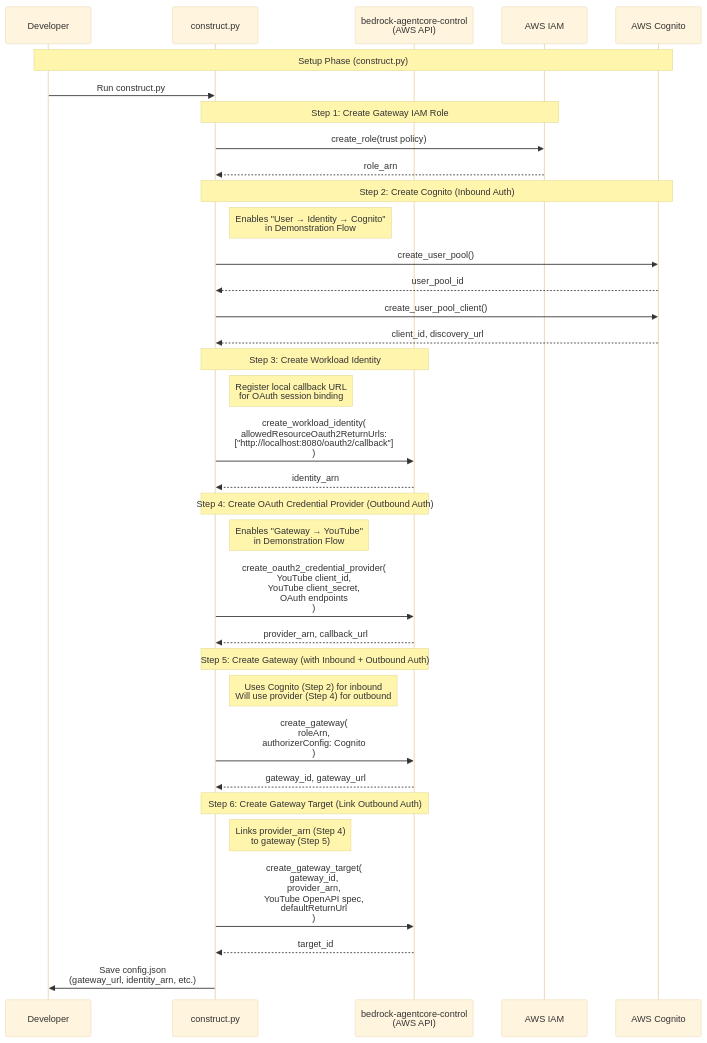
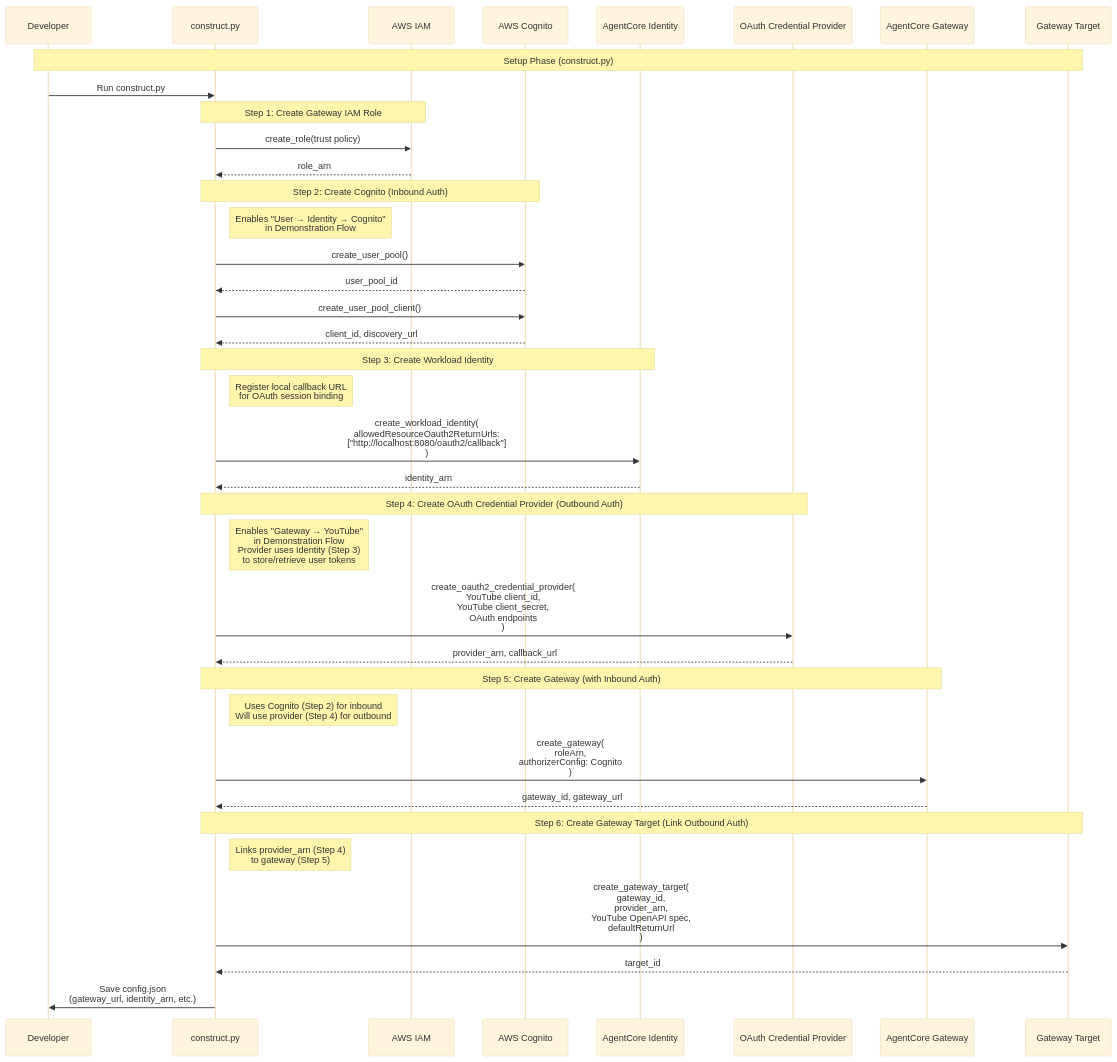
The second of 2 diagrams in say-hello-to-authorized-customer/README.md (icoxfog417/agentcore-in-action), drawn with Mermaid (base theme) before and after one commit. The commit also changed other lines of this file, not shown here.

````diff
--- a/say-hello-to-authorized-customer/README.md
+++ b/say-hello-to-authorized-customer/README.md
@@ -204,45 +151,48 @@
 ```mermaid
 sequenceDiagram
     participant Dev as Developer
     participant Construct as construct.py
-    participant ControlPlane as bedrock-agentcore-control<br/>(AWS API)
     participant IAM as AWS IAM
     participant Cognito as AWS Cognito
+    participant Identity as AgentCore Identity
+    participant Provider as OAuth Credential Provider
+    participant Gateway as AgentCore Gateway
+    participant Target as Gateway Target
 
-    Note over Dev,Cognito: Setup Phase (construct.py)
+    Note over Dev,Target: Setup Phase (construct.py)
     
     Dev->>Construct: Run construct.py
     
     Note over Construct,IAM: Step 1: Create Gateway IAM Role
     Construct->>IAM: create_role(trust policy)
     IAM-->>Construct: role_arn
     
     Note over Construct,Cognito: Step 2: Create Cognito (Inbound Auth)
     Note right of Construct: Enables "User → Identity → Cognito"<br/>in Demonstration Flow
     Construct->>Cognito: create_user_pool()
     Cognito-->>Construct: user_pool_id
     Construct->>Cognito: create_user_pool_client()
     Cognito-->>Construct: client_id, discovery_url
     
-    Note over Construct,ControlPlane: Step 3: Create Workload Identity
+    Note over Construct,Identity: Step 3: Create Workload Identity
     Note right of Construct: Register local callback URL<br/>for OAuth session binding
-    Construct->>ControlPlane: create_workload_identity(<br/>  allowedResourceOauth2ReturnUrls:<br/>    ["http://localhost:8080/oauth2/callback"]<br/>)
-    ControlPlane-->>Construct: identity_arn
+    Construct->>Identity: create_workload_identity(<br/>  allowedResourceOauth2ReturnUrls:<br/>    ["http://localhost:8080/oauth2/callback"]<br/>)
+    Identity-->>Construct: identity_arn
     
-    Note over Construct,ControlPlane: Step 4: Create OAuth Credential Provider (Outbound Auth)
-    Note right of Construct: Enables "Gateway → YouTube"<br/>in Demonstration Flow
-    Construct->>ControlPlane: create_oauth2_credential_provider(<br/>  YouTube client_id,<br/>  YouTube client_secret,<br/>  OAuth endpoints<br/>)
-    ControlPlane-->>Construct: provider_arn, callback_url
+    Note over Construct,Provider: Step 4: Create OAuth Credential Provider (Outbound Auth)
+    Note right of Construct: Enables "Gateway → YouTube"<br/>in Demonstration Flow<br/>Provider uses Identity (Step 3)<br/>to store/retrieve user tokens
+    Construct->>Provider: create_oauth2_credential_provider(<br/>  YouTube client_id,<br/>  YouTube client_secret,<br/>  OAuth endpoints<br/>)
+    Provider-->>Construct: provider_arn, callback_url
     
-    Note over Construct,ControlPlane: Step 5: Create Gateway (with Inbound + Outbound Auth)
+    Note over Construct,Gateway: Step 5: Create Gateway (with Inbound Auth)
     Note right of Construct: Uses Cognito (Step 2) for inbound<br/>Will use provider (Step 4) for outbound
-    Construct->>ControlPlane: create_gateway(<br/>  roleArn,<br/>  authorizerConfig: Cognito<br/>)
-    ControlPlane-->>Construct: gateway_id, gateway_url
+    Construct->>Gateway: create_gateway(<br/>  roleArn,<br/>  authorizerConfig: Cognito<br/>)
+    Gateway-->>Construct: gateway_id, gateway_url
     
-    Note over Construct,ControlPlane: Step 6: Create Gateway Target (Link Outbound Auth)
+    Note over Construct,Target: Step 6: Create Gateway Target (Link Outbound Auth)
     Note right of Construct: Links provider_arn (Step 4)<br/>to gateway (Step 5)
-    Construct->>ControlPlane: create_gateway_target(<br/>  gateway_id,<br/>  provider_arn,<br/>  YouTube OpenAPI spec,<br/>  defaultReturnUrl<br/>)
-    ControlPlane-->>Construct: target_id
+    Construct->>Target: create_gateway_target(<br/>  gateway_id,<br/>  provider_arn,<br/>  YouTube OpenAPI spec,<br/>  defaultReturnUrl<br/>)
+    Target-->>Construct: target_id
     
     Construct->>Dev: Save config.json<br/>(gateway_url, identity_arn, etc.)
 ```
````
